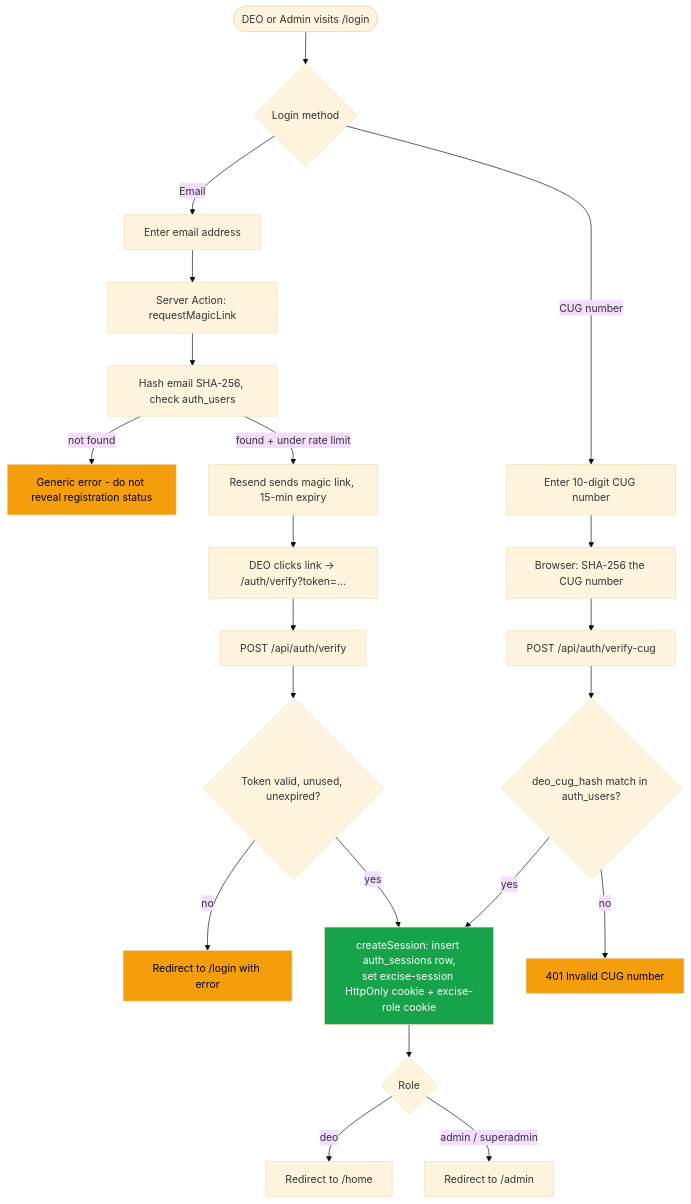
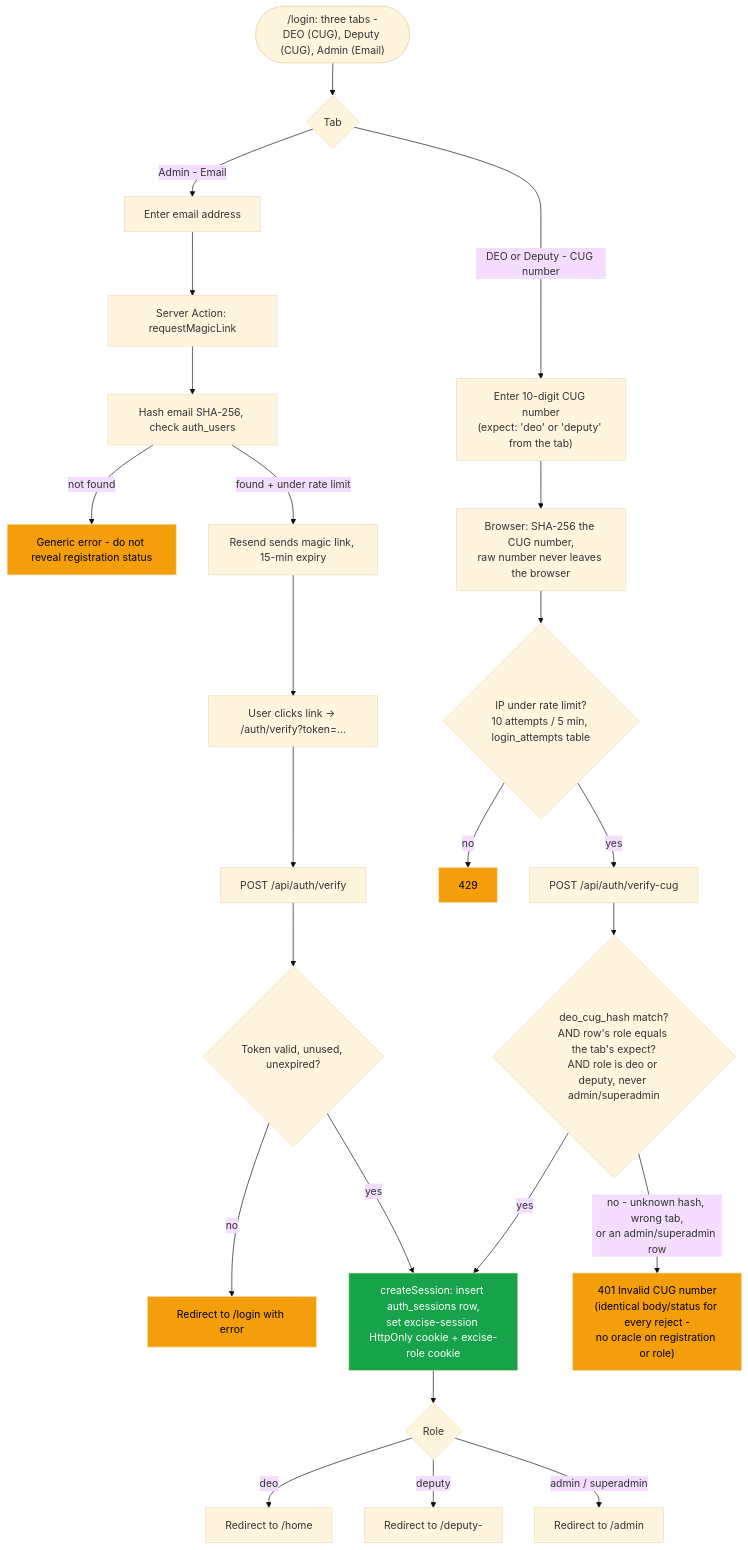
The first of 4 diagrams in docs/app-flow.md (SubhanRaj/up-excise-spatial-revenue-optimizer), drawn with Mermaid (base theme) before and after one commit. The commit also changed other lines of this file and 4 other files, not shown here.

First line of the commit message:
Docs: catch up README/SECURITY/TEST/app-flow/roadmap to M-103–M-106

````diff
--- a/docs/app-flow.md
+++ b/docs/app-flow.md
@@ -8,31 +8,35 @@
 ```mermaid
 flowchart TD
-    Start([DEO or Admin visits /login]) --> Choice{Login method}
+    Start(["/login: three tabs -\nDEO (CUG), Deputy (CUG), Admin (Email)"]) --> Choice{Tab}
 
-    Choice -->|Email| EmailInput[Enter email address]
+    Choice -->|Admin - Email| EmailInput[Enter email address]
     EmailInput --> ReqLink[Server Action: requestMagicLink]
     ReqLink --> HashEmail[Hash email SHA-256, check auth_users]
     HashEmail -->|not found| GenericErr[Generic error - do not reveal registration status]
     HashEmail -->|found + under rate limit| SendEmail[Resend sends magic link, 15-min expiry]
-    SendEmail --> ClickLink[DEO clicks link -> /auth/verify?token=...]
+    SendEmail --> ClickLink[User clicks link -> /auth/verify?token=...]
     ClickLink --> VerifyEP[POST /api/auth/verify]
     VerifyEP --> CheckToken{Token valid, unused, unexpired?}
     CheckToken -->|no| LoginErr[Redirect to /login with error]
     CheckToken -->|yes| CreateSession
 
-    Choice -->|CUG number| CugInput[Enter 10-digit CUG number]
-    CugInput --> HashCug[Browser: SHA-256 the CUG number]
-    HashCug --> CugEP[POST /api/auth/verify-cug]
-    CugEP --> CheckCug{deo_cug_hash match in auth_users?}
-    CheckCug -->|no| CugErr[401 Invalid CUG number]
+    Choice -->|DEO or Deputy - CUG number| CugInput["Enter 10-digit CUG number\n(expect: 'deo' or 'deputy' from the tab)"]
+    CugInput --> HashCug[Browser: SHA-256 the CUG number,\nraw number never leaves the browser]
+    HashCug --> IpLimit{"IP under rate limit?\n10 attempts / 5 min, login_attempts table"}
+    IpLimit -->|no| RateErr[429]
+    IpLimit -->|yes| CugEP[POST /api/auth/verify-cug]
+    CugEP --> CheckCug{"deo_cug_hash match?\nAND row's role equals the tab's expect?\nAND role is deo or deputy, never admin/superadmin"}
+    CheckCug -->|no - unknown hash, wrong tab,\nor an admin/superadmin row| CugErr["401 Invalid CUG number\n(identical body/status for every reject -\nno oracle on registration or role)"]
     CheckCug -->|yes| CreateSession
 
     CreateSession[createSession: insert auth_sessions row,\nset excise-session HttpOnly cookie + excise-role cookie] --> RoleCheck{Role}
     RoleCheck -->|deo| HomeDEO[Redirect to /home]
+    RoleCheck -->|deputy| HomeDeputy["Redirect to /deputy-<division>"]
     RoleCheck -->|admin / superadmin| HomeAdmin[Redirect to /admin]
 
     style CreateSession fill:#16a34a,color:#fff
     style GenericErr fill:#f59e0b,color:#000
     style CugErr fill:#f59e0b,color:#000
+    style RateErr fill:#f59e0b,color:#000
     style LoginErr fill:#f59e0b,color:#000
 ```
````
